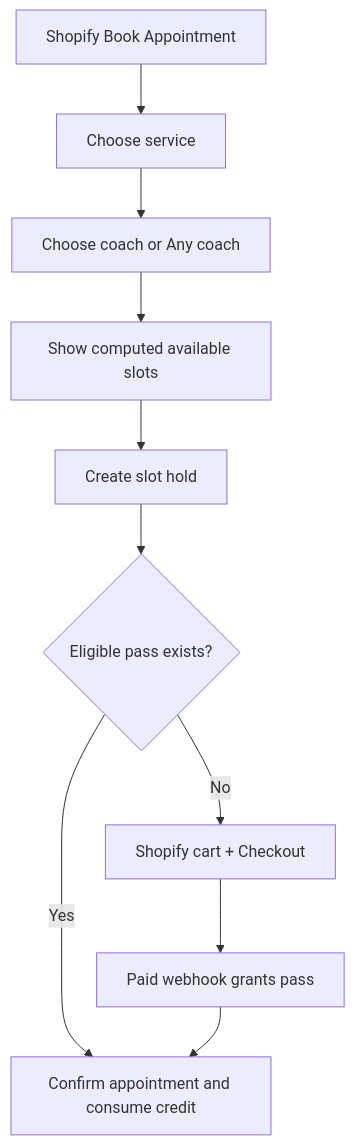
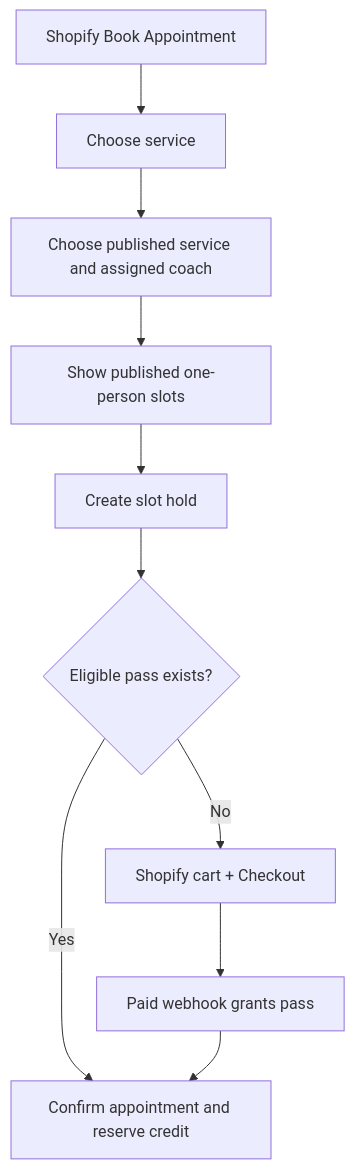
One commit to robber-857/Skyra changed the third of 4 diagrams in docs/booking-system/architecture.md. Above: the diagram before and after it, drawn with Mermaid. The commit also changed other lines of this file and 67 other files, not shown here.

````diff
--- a/docs/booking-system/architecture.md
+++ b/docs/booking-system/architecture.md
@@ -99,12 +99,12 @@
 ```mermaid
 flowchart TD
   A[Shopify Book Appointment] --> S[Choose service]
-  S --> C[Choose coach or Any coach]
-  C --> T[Show computed available slots]
+  S --> C[Choose published service and assigned coach]
+  C --> T[Show published one-person slots]
   T --> H[Create slot hold]
   H --> E{Eligible pass exists?}
-  E -- Yes --> CF[Confirm appointment and consume credit]
+  E -- Yes --> CF[Confirm appointment and reserve credit]
   E -- No --> CH[Shopify cart + Checkout]
   CH --> WH[Paid webhook grants pass]
   WH --> CF
 ```
````
